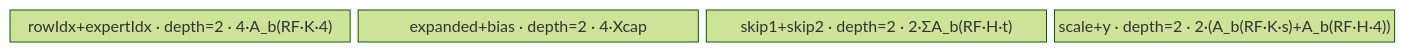
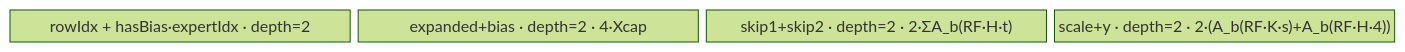
Before and after one commit to Atlas-Ascend-Fork/cannbot-knowledge: the second of 6 diagrams in knowledge/ops/ascendc/operators/direct/transformer/moe/moe_finalize_routing_950.md, drawn with Mermaid (forest theme). The commit also changed other lines of this file and 54 other files, not shown here.

````diff
--- a/knowledge/ops/ascendc/operators/direct/transformer/moe/moe_finalize_routing_950.md
+++ b/knowledge/ops/ascendc/operators/direct/transformer/moe/moe_finalize_routing_950.md
@@ -404,8 +528,8 @@
 ```mermaid
 block-beta
   columns 4
-  ids["rowIdx+expertIdx · depth=2 · 4·A_b(RF·K·4)"]:1
+  ids["rowIdx + hasBias·expertIdx · depth=2"]:1
   xb["expanded+bias · depth=2 · 4·Xcap"]:1
   skips["skip1+skip2 · depth=2 · 2·ΣA_b(RF·H·t)"]:1
   sy["scale+y · depth=2 · 2·(A_b(RF·K·s)+A_b(RF·H·4))"]:1
 ```
````
